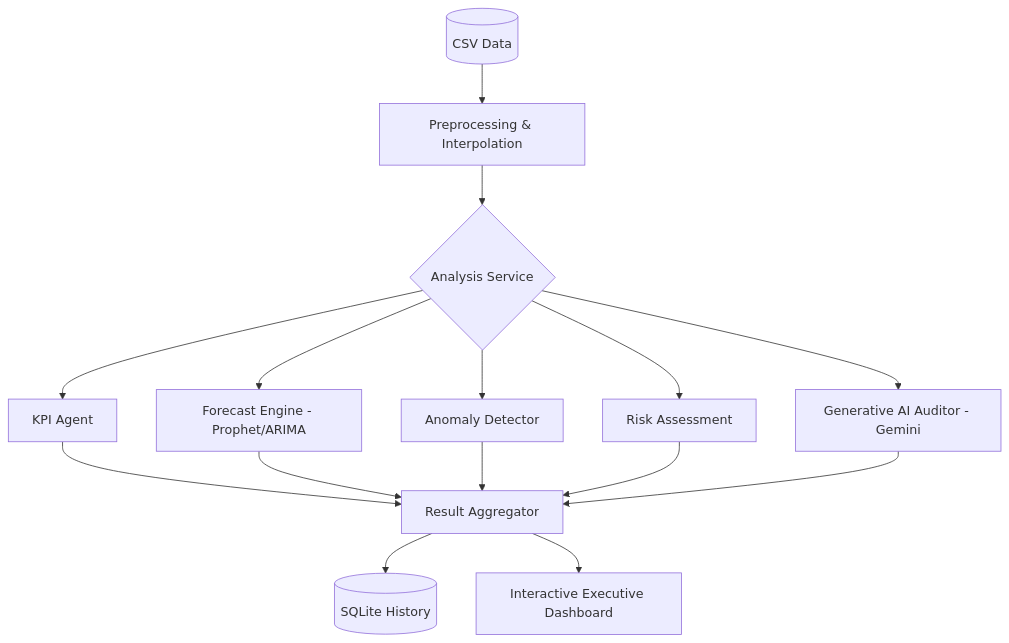
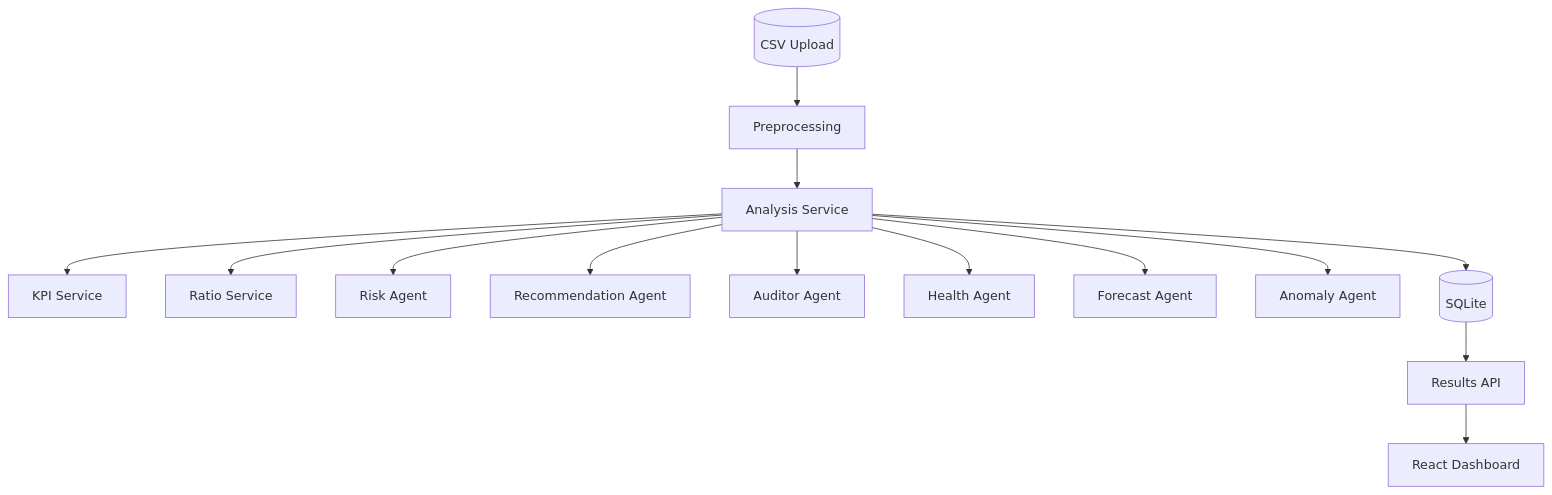
The diagram in README.md (Karan2805-glitch/AI-CFO-Multi-Agent), drawn with Mermaid before and after one commit. The commit also changed other lines of this file and 21 other files, not shown here.

````diff
--- a/README.md
+++ b/README.md
@@ -31,15 +34,18 @@
 ```mermaid
 graph TD
-    User[(CSV Data)] --> Pre[Preprocessing & Interpolation]
-    Pre --> Orchestrator{Analysis Service}
-    
-    Orchestrator --> KPI[KPI Agent]
-    Orchestrator --> Forecast[Forecast Engine - Prophet/ARIMA]
-    Orchestrator --> Anomaly[Anomaly Detector]
-    Orchestrator --> Risk[Risk Assessment]
-    Orchestrator --> Audit[Generative AI Auditor - Gemini]
-    
-    KPI & Forecast & Anomaly & Risk & Audit --> Results[Result Aggregator]
-    Results --> DB[(SQLite History)]
-    Results --> UI[Interactive Executive Dashboard]
+    User[(CSV Upload)] --> Pre[Preprocessing]
+    Pre --> Analyze[Analysis Service]
+
+    Analyze --> KPI[KPI Service]
+    Analyze --> Ratio[Ratio Service]
+    Analyze --> Risk[Risk Agent]
+    Analyze --> Rec[Recommendation Agent]
+    Analyze --> Audit[Auditor Agent]
+    Analyze --> Health[Health Agent]
+    Analyze --> Forecast[Forecast Agent]
+    Analyze --> Anomaly[Anomaly Agent]
+
+    Analyze --> DB[(SQLite)]
+    DB --> Results[Results API]
+    Results --> UI[React Dashboard]
 ```
````
